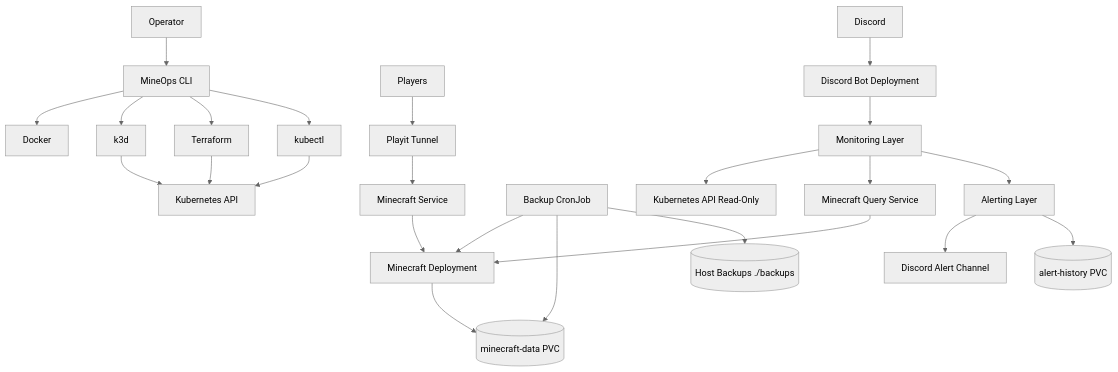
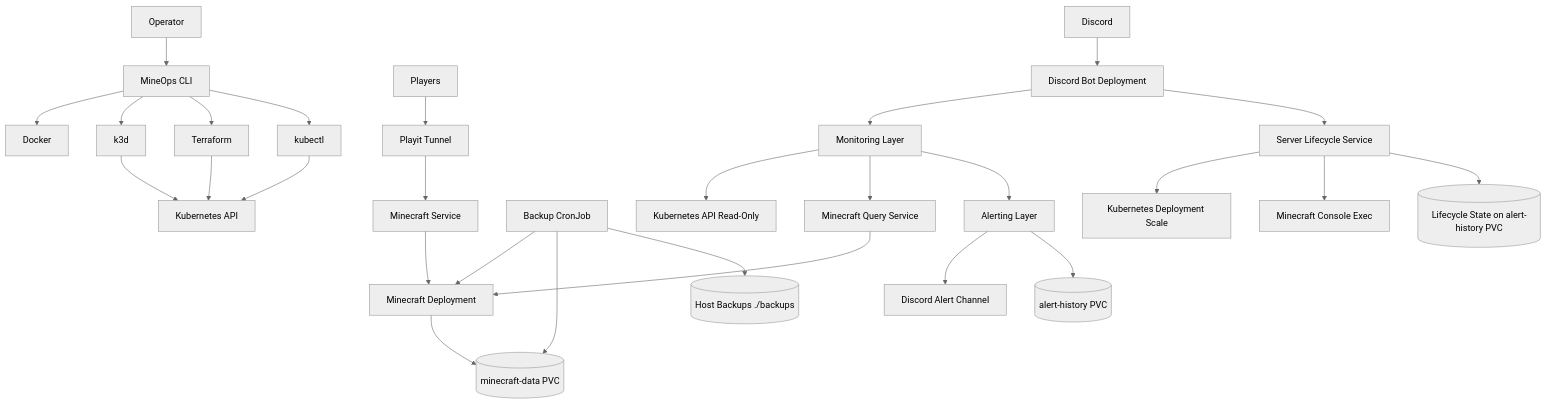
One commit to Mahmimi/MineOps changed the diagram in docs/architecture.md. Above: the diagram before and after it, drawn with Mermaid (neutral theme). The commit also changed other lines of this file and 85 other files, not shown here.

````diff
--- a/docs/architecture.md
+++ b/docs/architecture.md
@@ -7,31 +7,36 @@
 ```mermaid
 flowchart TD
   Operator[Operator] --> CLI[MineOps CLI]
   CLI --> Docker[Docker]
   CLI --> K3d[k3d]
   CLI --> Terraform[Terraform]
   CLI --> Kubectl[kubectl]
 
   K3d --> KubeAPI[Kubernetes API]
   Terraform --> KubeAPI
   Kubectl --> KubeAPI
 
   Player[Players] --> Playit[Playit Tunnel]
   Playit --> MinecraftService[Minecraft Service]
   MinecraftService --> Minecraft[Minecraft Deployment]
   Minecraft --> WorldPVC[(minecraft-data PVC)]
 
   BackupCron[Backup CronJob] --> Minecraft
   BackupCron --> WorldPVC
   BackupCron --> BackupHost[(Host Backups ./backups)]
 
   Discord[Discord] --> Bot[Discord Bot Deployment]
   Bot --> Monitoring[Monitoring Layer]
   Monitoring --> KubeRead[Kubernetes API Read-Only]
   Monitoring --> Query[Minecraft Query Service]
   Query --> Minecraft
 
+  Bot --> Lifecycle[Server Lifecycle Service]
+  Lifecycle --> KubeScale[Kubernetes Deployment Scale]
+  Lifecycle --> Console[Minecraft Console Exec]
+  Lifecycle --> StatePVC[(Lifecycle State on alert-history PVC)]
+
   Monitoring --> Alerting[Alerting Layer]
   Alerting --> DiscordAlerts[Discord Alert Channel]
   Alerting --> AlertPVC[(alert-history PVC)]
 ```
````
